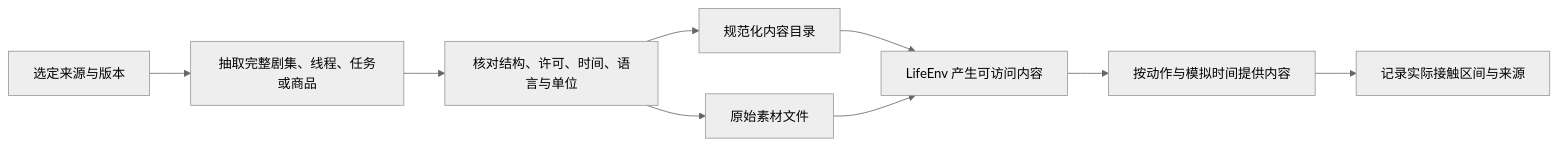
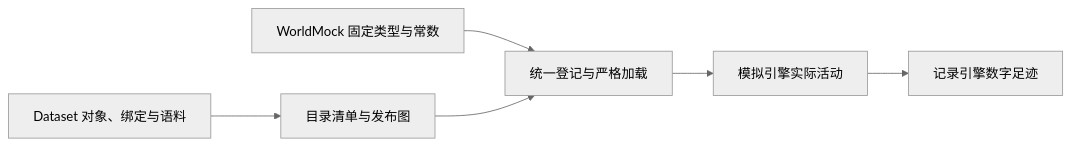
One commit to HoldThatThgt/WorldMock changed the second of 4 diagrams in docs/ARCHITECTURE.md. Above: the diagram before and after it, drawn with Mermaid (neutral theme). The commit also changed other lines of this file and 150 other files, not shown here.

````diff
--- a/docs/ARCHITECTURE.md
+++ b/docs/ARCHITECTURE.md
@@ -226,11 +192,8 @@
 ```mermaid
 flowchart LR
-    A[选定来源与版本] --> B[抽取完整剧集、线程、任务或商品]
-    B --> C[核对结构、许可、时间、语言与单位]
-    C --> D[规范化内容目录]
-    C --> E[原始素材文件]
-    D --> F[LifeEnv 产生可访问内容]
-    E --> F
-    F --> G[按动作与模拟时间提供内容]
-    G --> H[记录实际接触区间与来源]
+    D[Dataset 对象、绑定与语料] --> C[目录清单与发布图]
+    X[WorldMock 固定类型与常数] --> A[统一登记与严格加载]
+    C --> A
+    A --> S[模拟引擎实际活动]
+    S --> F[记录引擎数字足迹]
 ```
````
